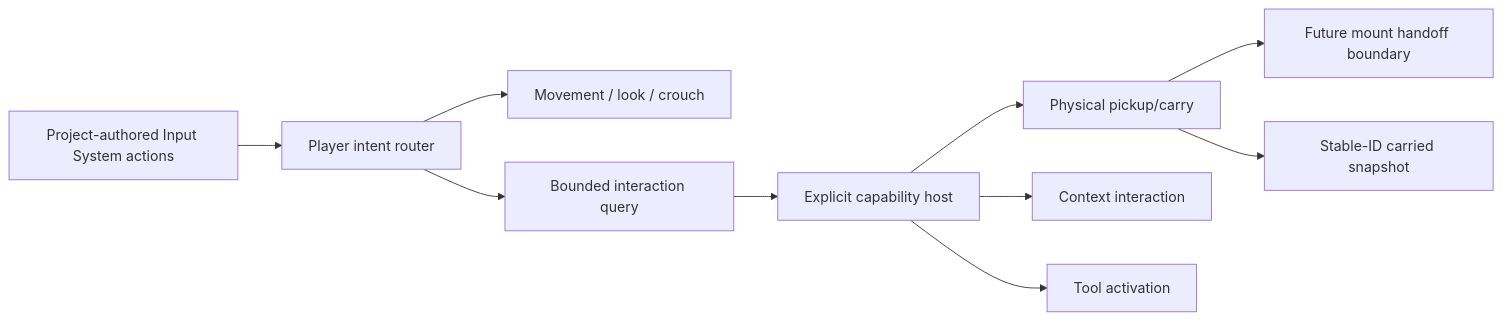
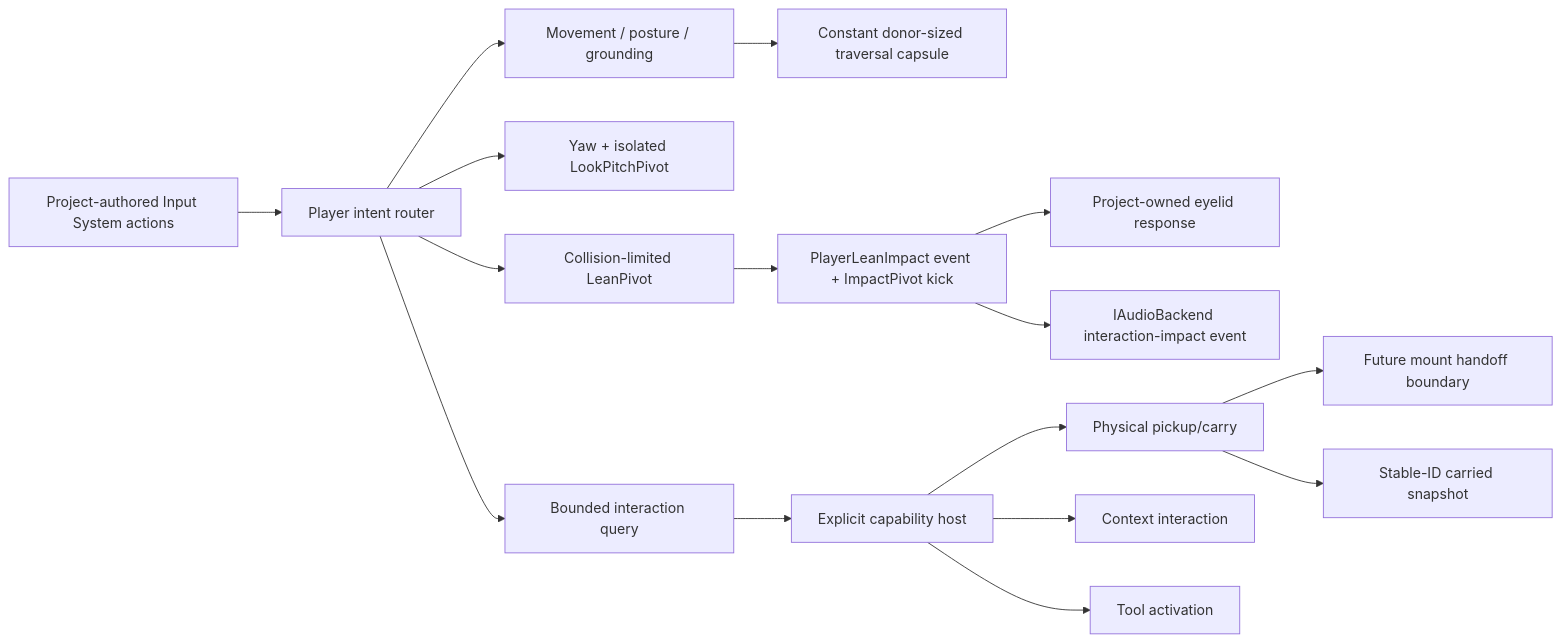
One commit to NSNull97/MySummerCar_Remake changed the fourth of 16 diagrams in Docs/Porting/SYSTEM_MAP.md. Above: the diagram before and after it, drawn with Mermaid. The commit also changed other lines of this file and 2890 other files, not shown here.

````diff
--- a/Docs/Porting/SYSTEM_MAP.md
+++ b/Docs/Porting/SYSTEM_MAP.md
@@ -112,12 +390,18 @@
 ```mermaid
 flowchart LR
     INPUT["Project-authored Input System actions"] --> INTENT["Player intent router"]
-    INTENT --> MOVE["Movement / look / crouch"]
+    INTENT --> MOTOR["Movement / posture / grounding"]
+    INTENT --> LOOK["Yaw + isolated LookPitchPivot"]
+    INTENT --> LEAN["Collision-limited LeanPivot"]
+    MOTOR --> CAPSULE["Constant donor-sized traversal capsule"]
+    LEAN --> IMPACT["PlayerLeanImpact event + ImpactPivot kick"]
+    IMPACT --> EYELIDS["Project-owned eyelid response"]
+    IMPACT --> IMPACT_AUDIO["IAudioBackend interaction-impact event"]
     INTENT --> QUERY["Bounded interaction query"]
     QUERY --> HOST["Explicit capability host"]
     HOST --> PICKUP["Physical pickup/carry"]
     HOST --> CONTEXT["Context interaction"]
     HOST --> TOOL["Tool activation"]
     PICKUP --> HANDOFF["Future mount handoff boundary"]
     PICKUP --> SNAPSHOT["Stable-ID carried snapshot"]
 ```
````
